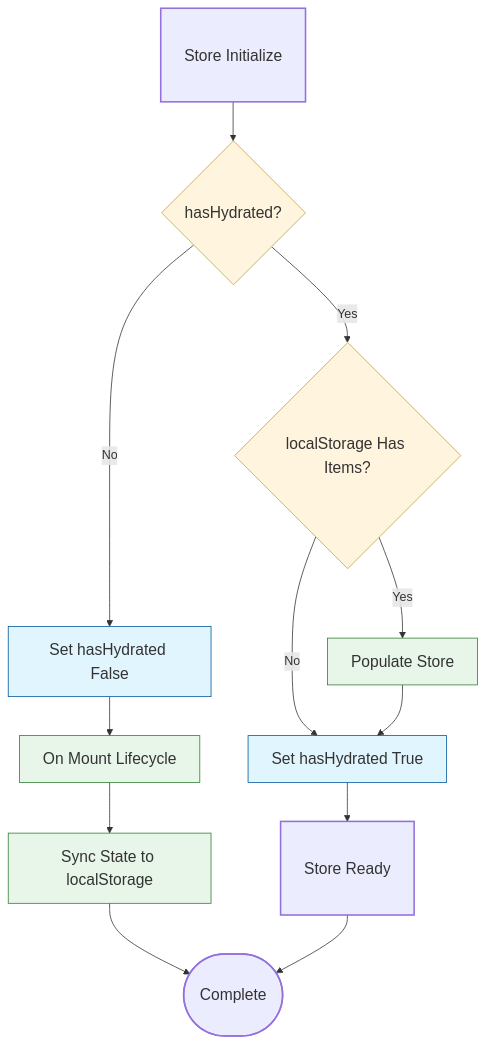
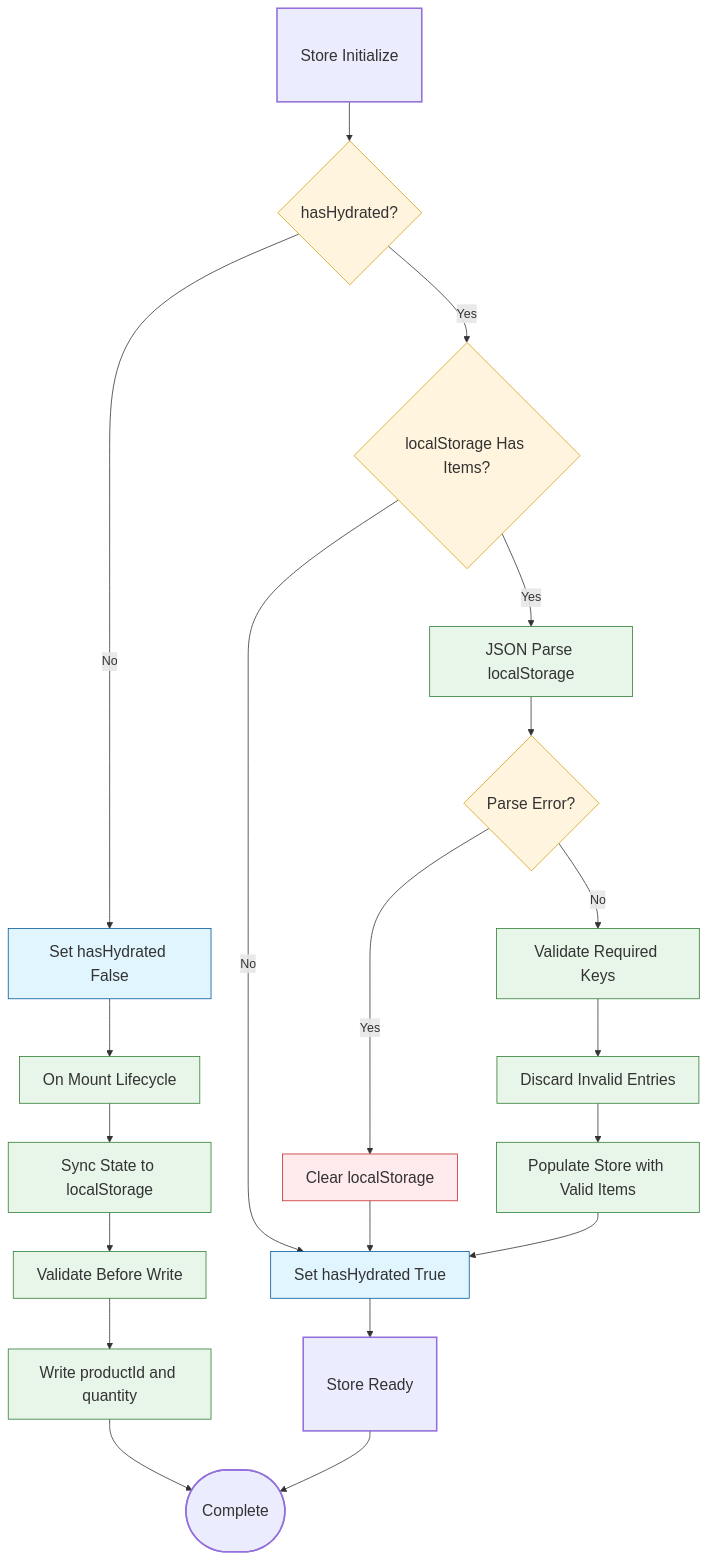
Before and after one commit to munrhalls/sanglogium: the diagram in tests/basket/unit/diagrams/diagram-basket-persistance.md, drawn with Mermaid. The commit also changed 2 other files, not shown here.

Commit message:
Difficulty: 5 - D, Configuration (tests/basket/unit/diagrams): enhance persistence and sync diagrams with error handling, validation, and syncStatus lifecycle — → closes 0 DoD items, diagram enhancement

````diff
--- a/tests/basket/unit/diagrams/diagram-basket-persistance.md
+++ b/tests/basket/unit/diagrams/diagram-basket-persistance.md
@@ -1,23 +1,34 @@
 ```mermaid
 graph TD
     classDef large font-size:20px,padding:15px,stroke-width:2px;
     classDef logic fill:#fff4dd,stroke:#d4a017,font-size:20px;
     classDef state fill:#e1f5fe,stroke:#01579b,font-size:20px;
     classDef action fill:#e8f5e9,stroke:#2e7d32,font-size:20px;
+    classDef error fill:#ffebee,stroke:#c62828,font-size:20px;
 
     Start[Store Initialize]:::large --> Guard{hasHydrated?}:::logic
-    
+
     Guard -->|No| SetFalse[Set hasHydrated False]:::state
     Guard -->|Yes| CheckLS{localStorage Has Items?}:::logic
-    
+
     SetFalse --> Mount[On Mount Lifecycle]:::action
-    CheckLS -->|Yes| Populate[Populate Store]:::action
+    CheckLS -->|Yes| Parse[JSON Parse localStorage]:::action
     CheckLS -->|No| SetTrue[Set hasHydrated True]:::state
-    
+
+    Parse --> ParseError{Parse Error?}:::logic
+    ParseError -->|Yes| ClearLS[Clear localStorage]:::error
+    ParseError -->|No| Validate[Validate Required Keys]:::action
+
+    ClearLS --> SetTrue
+    Validate --> Filter[Discard Invalid Entries]:::action
+    Filter --> Populate[Populate Store with Valid Items]:::action
+
     Populate --> SetTrue
     SetTrue --> Ready[Store Ready]:::large
-    
+
     Mount --> Sync[Sync State to localStorage]:::action
-    Sync --> Finish([Complete]):::large
+    Sync --> ValidateWrite[Validate Before Write]:::action
+    ValidateWrite --> Write[Write productId and quantity]:::action
+    Write --> Finish([Complete]):::large
     Ready --> Finish
 ```
````
